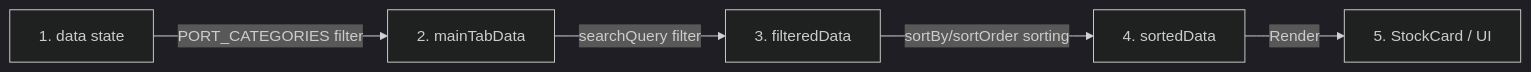
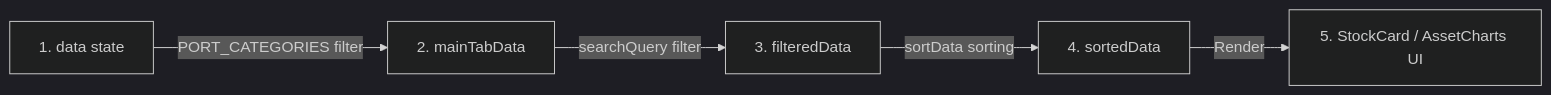
Before and after one commit to HengFL/invest: the diagram in memory-bank/systemPatterns.md, drawn with Mermaid (dark theme). The commit also changed other lines of this file and 17 other files, not shown here.

````diff
--- a/memory-bank/systemPatterns.md
+++ b/memory-bank/systemPatterns.md
@@ -55,7 +60,7 @@
 ```mermaid
 graph LR
     raw_data[1. data state] -->|PORT_CATEGORIES filter| mainTabData[2. mainTabData]
     mainTabData -->|searchQuery filter| filteredData[3. filteredData]
-    filteredData -->|sortBy/sortOrder sorting| sortedData[4. sortedData]
-    sortedData -->|Render| UI[5. StockCard / UI]
+    filteredData -->|sortData sorting| sortedData[4. sortedData]
+    sortedData -->|Render| UI[5. StockCard / AssetCharts UI]
 ```
````
